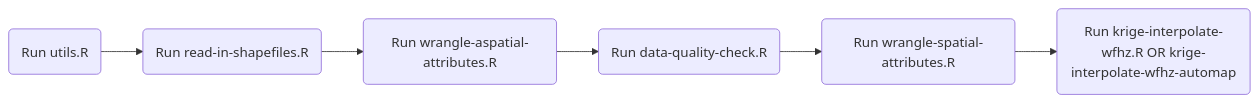
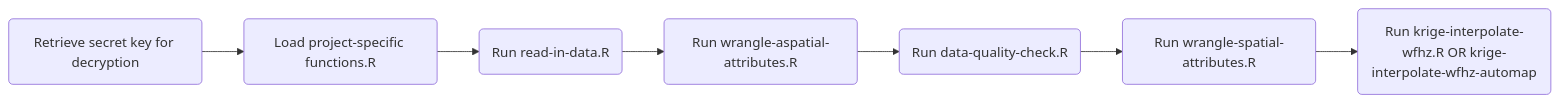
Before and after one commit to nutspatial/ugd-karamoja-amn-interp: the diagram in README.md, drawn with Mermaid. The commit also changed other lines of this file and 1 other file, not shown here.

````diff
--- a/README.md
+++ b/README.md
@@ -66,11 +66,12 @@
 ``` mermaid
 flowchart LR
-A(Run utils.R)
-B(Run read-in-shapefiles.R)
-C(Run wrangle-aspatial-attributes.R)
-D(Run data-quality-check.R)
-E(Run wrangle-spatial-attributes.R)
-F(Run krige-interpolate-wfhz.R OR krige-interpolate-wfhz-automap)
+A(Retrieve secret key for decryption)
+B(Load project-specific functions.R)
+C(Run read-in-data.R)
+D(Run wrangle-aspatial-attributes.R)
+E(Run data-quality-check.R)
+F(Run wrangle-spatial-attributes.R)
+G(Run krige-interpolate-wfhz.R OR krige-interpolate-wfhz-automap)
 
-  A --> B --> C --> D --> E --> F
+  A --> B --> C --> D --> E --> F --> G
 ```
````
